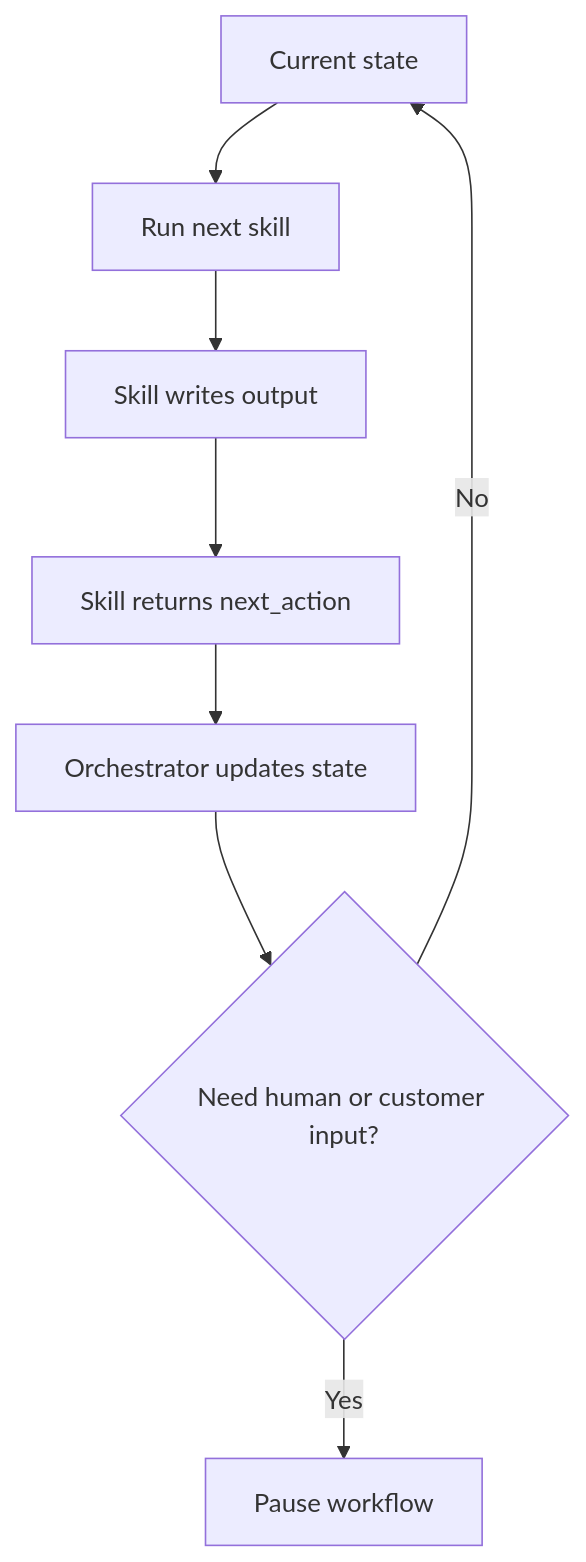
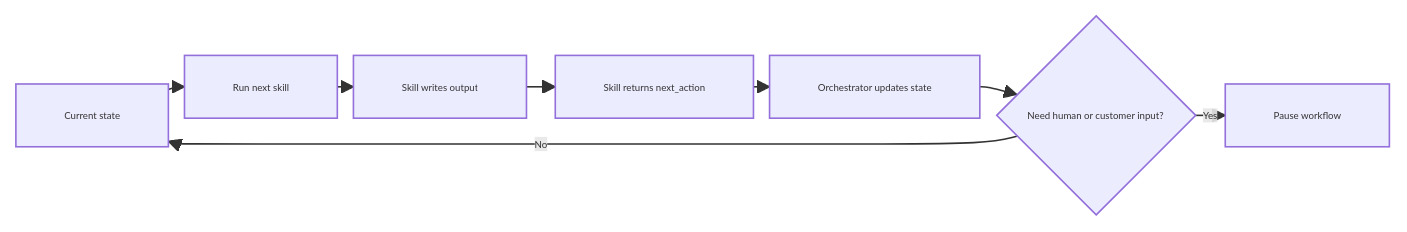
Before and after one commit to rsm-genai-2026/customer-ticket-process-rag: the fifth of 5 diagrams in slides/ticket-workflow-orchestration.qmd, drawn with Mermaid. The commit also changed other lines of this file and 1 other file, not shown here.

````diff
--- a/slides/ticket-workflow-orchestration.qmd
+++ b/slides/ticket-workflow-orchestration.qmd
@@ -541,10 +744,13 @@
 ```{mermaid}
-flowchart TD
+%%| fig-width: 6.5
+%%| fig-height: 3.2
+%%{init: {'theme':'default', 'themeVariables': {'fontSize':'6px'}, 'flowchart': {'nodeSpacing': 12, 'rankSpacing': 10}}}%%
+flowchart LR
   A[Current state] --> B[Run next skill]
   B --> C[Skill writes output]
   C --> D[Skill returns next_action]
   D --> E[Orchestrator updates state]
   E --> F{Need human or customer input?}
   F -->|No| A
   F -->|Yes| G[Pause workflow]
 ```
````
